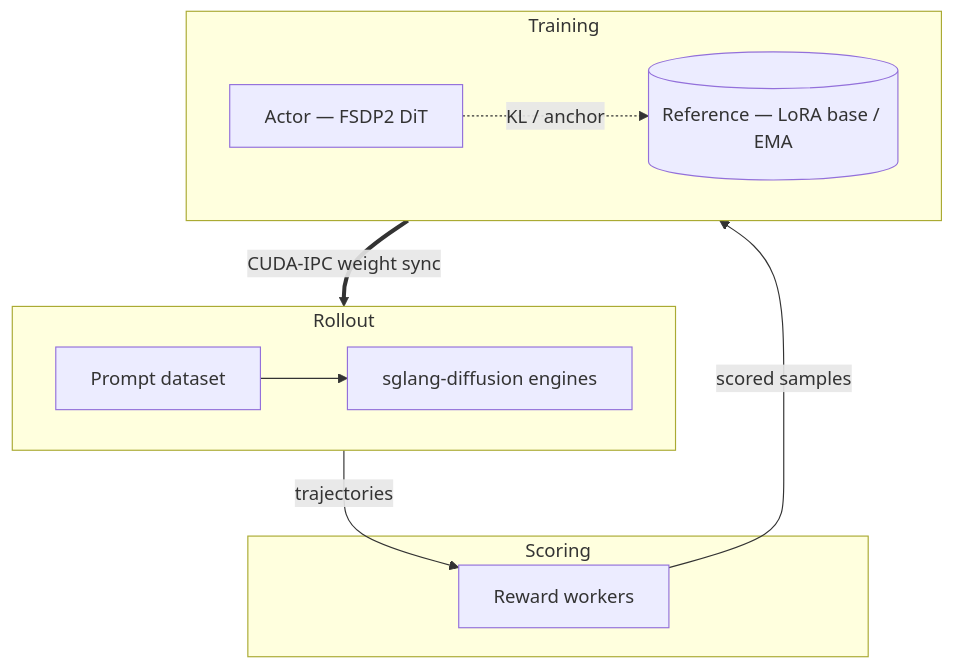
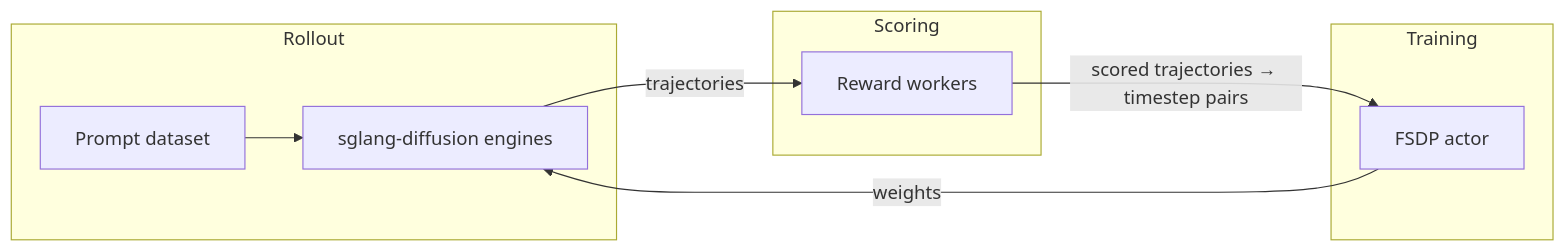
The diagram in docs/user-guide/concepts.md (Rockdu/miles_diffusion), drawn with Mermaid before and after one commit. The commit also changed other lines of this file, not shown here.

Commit message:
docs(concepts): miles-style loop diagram, trajectory-to-pair granularity, batch-knob funnel visualization

````diff
--- a/docs/user-guide/concepts.md
+++ b/docs/user-guide/concepts.md
@@ -11,17 +11,13 @@
 ```mermaid
-flowchart TB
-    subgraph rollout [Rollout]
-        direction LR
-        P[Prompt dataset] --> R[sglang-diffusion engines]
+flowchart LR
+    subgraph Rollout
+      P[Prompt dataset] --> R[sglang-diffusion engines]
     end
-    subgraph scoring [Scoring]
-        RM[Reward workers]
+    subgraph Scoring
+      R -- trajectories --> RM[Reward workers]
     end
-    subgraph training [Training]
-        direction LR
-        A[Actor — FSDP2 DiT] -. KL / anchor .-> RF[(Reference — LoRA base / EMA)]
+    subgraph Training
+      RM -- "scored trajectories → timestep pairs" --> A[FSDP actor]
     end
-    R -- trajectories --> RM
-    RM -- scored samples --> A
-    A == CUDA-IPC weight sync ==> R
+    A -- weights --> R
 ```
````
